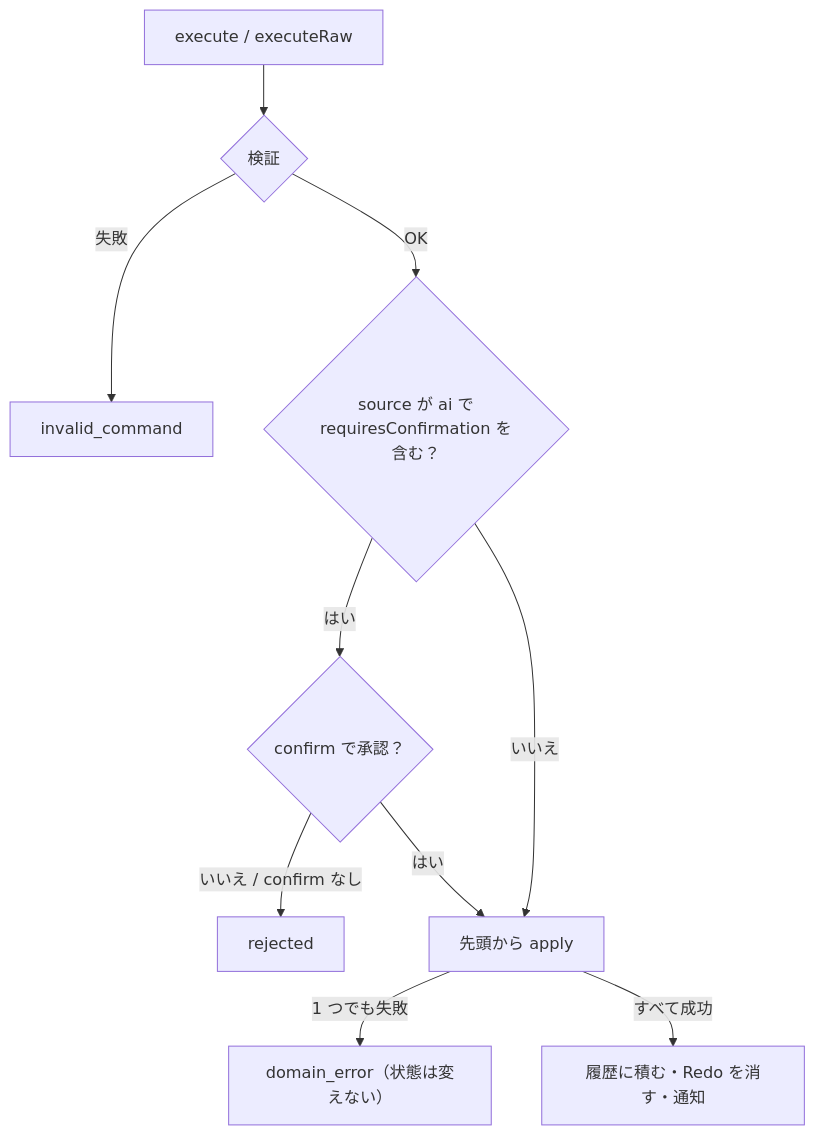
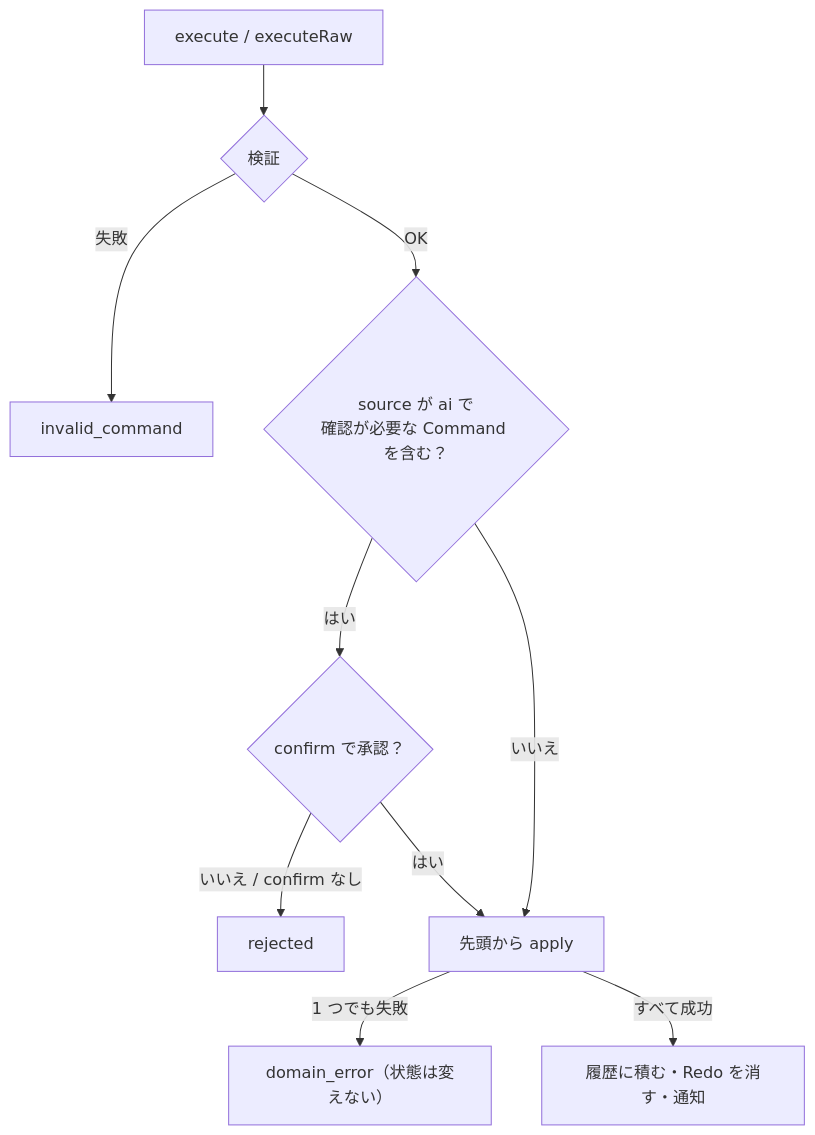
One commit to fujibayashi-ast/ai-friendly changed the diagram in docs/commands.md. Above: the diagram before and after it, drawn with Mermaid. The commit also changed other lines of this file and 8 other files, not shown here.

First line of the commit message:
feat: requiresConfirmation に条件を関数で渡せるようにする

````diff
--- a/docs/commands.md
+++ b/docs/commands.md
@@ -76,12 +93,12 @@
 ```mermaid
 flowchart TD
   A["execute / executeRaw"] --> B{"検証"}
   B -- 失敗 --> E1["invalid_command"]
-  B -- OK --> C{"source が ai で<br>requiresConfirmation を含む？"}
+  B -- OK --> C{"source が ai で<br>確認が必要な Command を含む？"}
   C -- はい --> D{"confirm で承認？"}
   D -- いいえ / confirm なし --> E2["rejected"]
   D -- はい --> F
   C -- いいえ --> F["先頭から apply"]
   F -- 1 つでも失敗 --> E3["domain_error（状態は変えない）"]
   F -- すべて成功 --> G["履歴に積む・Redo を消す・通知"]
 ```
````
